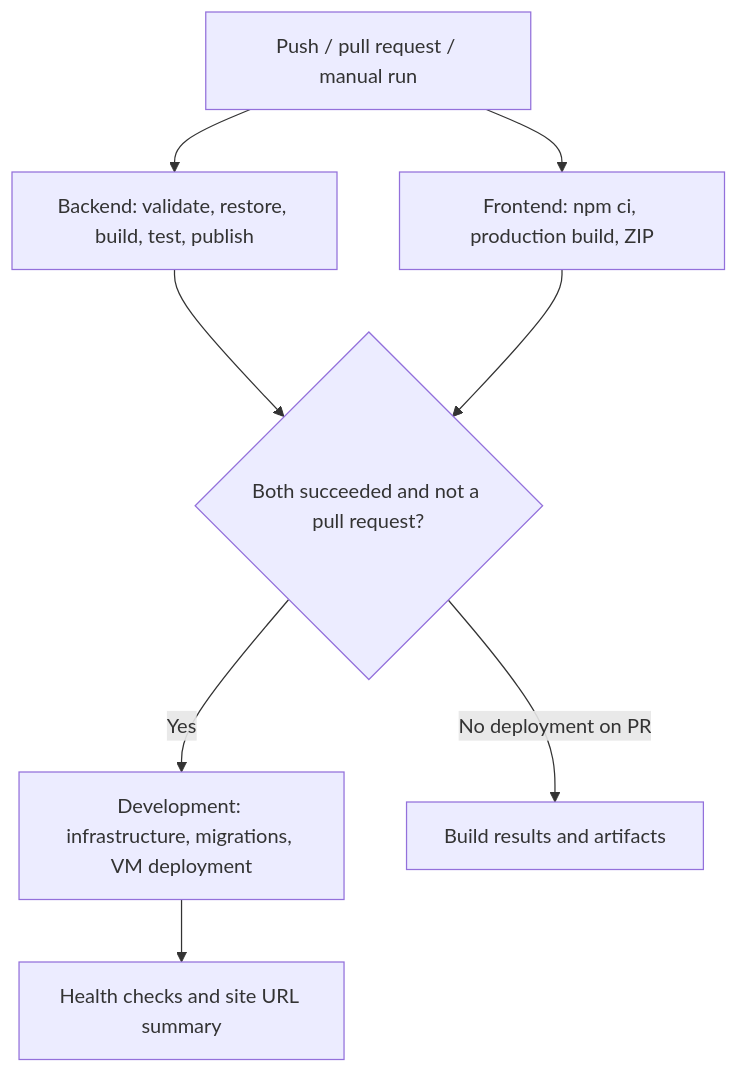
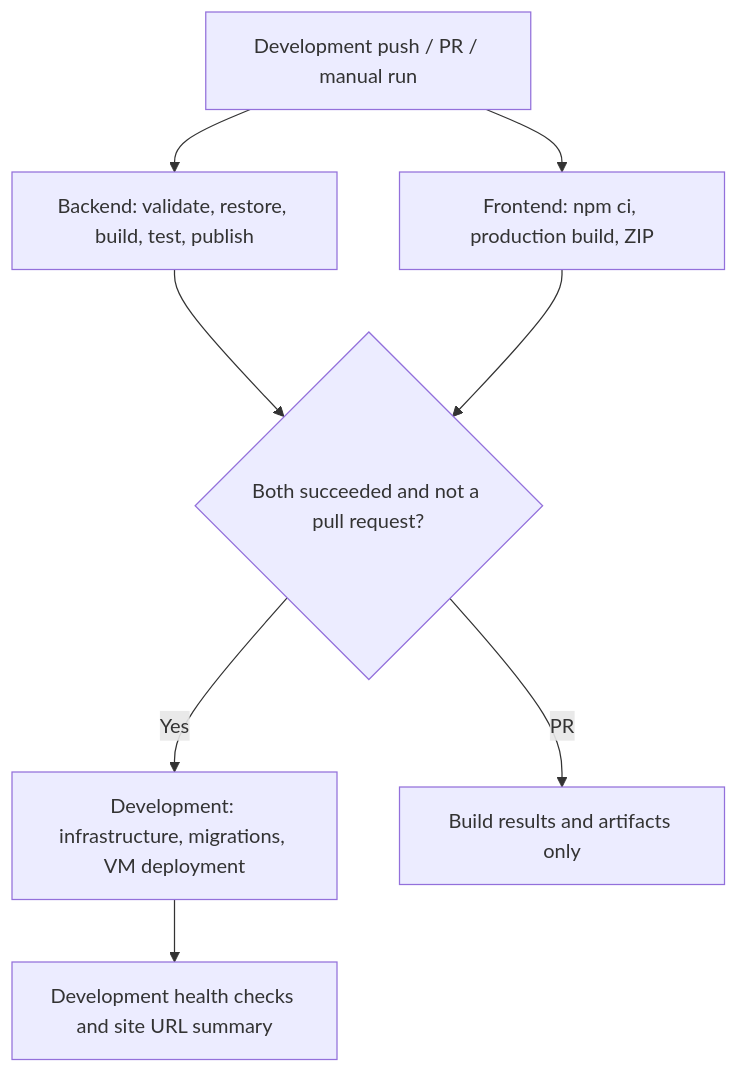
One commit to tanvir14012/DatavancedBD.AspNetCore.SmartTaskManagementSystem changed the second of 2 diagrams in README.md. Above: the diagram before and after it, drawn with Mermaid. The commit also changed other lines of this file, not shown here.

Commit message:
docs: clarify GitHub Actions is development-only

````diff
--- a/README.md
+++ b/README.md
@@ -236,10 +240,10 @@
 ```mermaid
 flowchart TD
-    Trigger[Push / pull request / manual run] --> Backend[Backend: validate, restore, build, test, publish]
+    Trigger[Development push / PR / manual run] --> Backend[Backend: validate, restore, build, test, publish]
     Trigger --> Frontend[Frontend: npm ci, production build, ZIP]
     Backend --> Gate{Both succeeded and not a pull request?}
     Frontend --> Gate
     Gate -->|Yes| Deploy[Development: infrastructure, migrations, VM deployment]
-    Gate -->|No deployment on PR| Validation[Build results and artifacts]
-    Deploy --> Verify[Health checks and site URL summary]
+    Gate -->|PR| Validation[Build results and artifacts only]
+    Deploy --> Verify[Development health checks and site URL summary]
 ```
````
